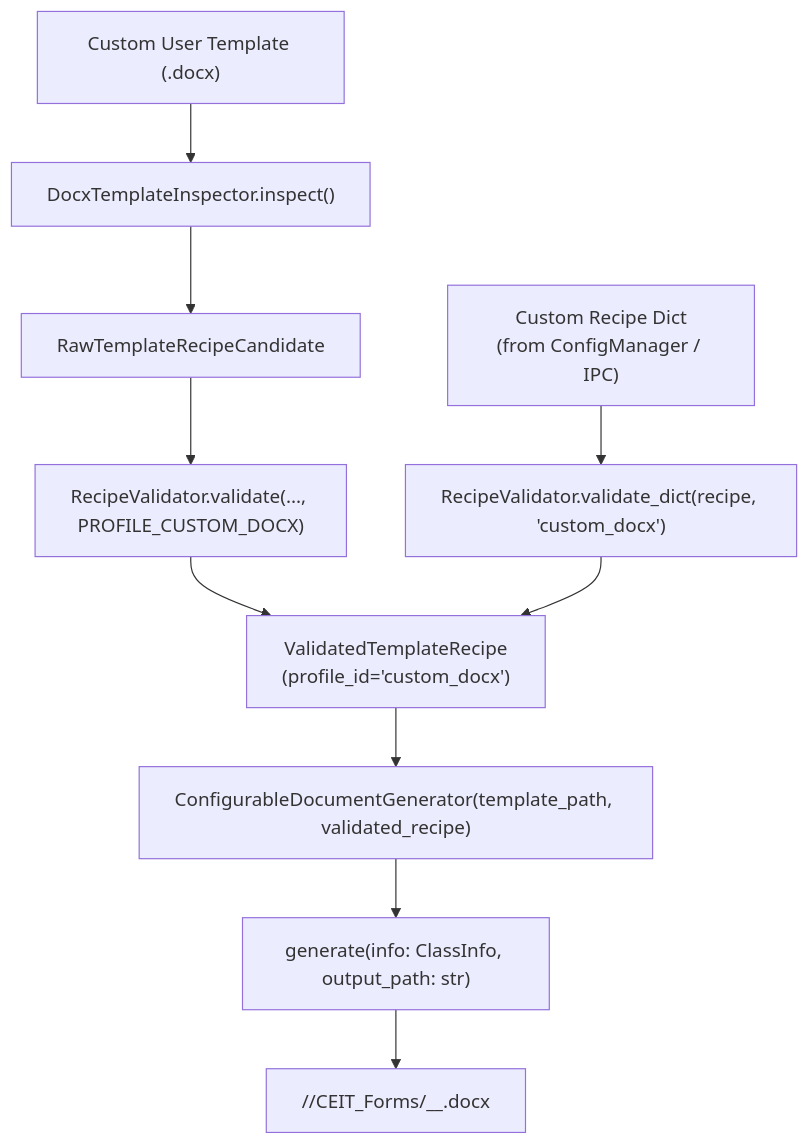
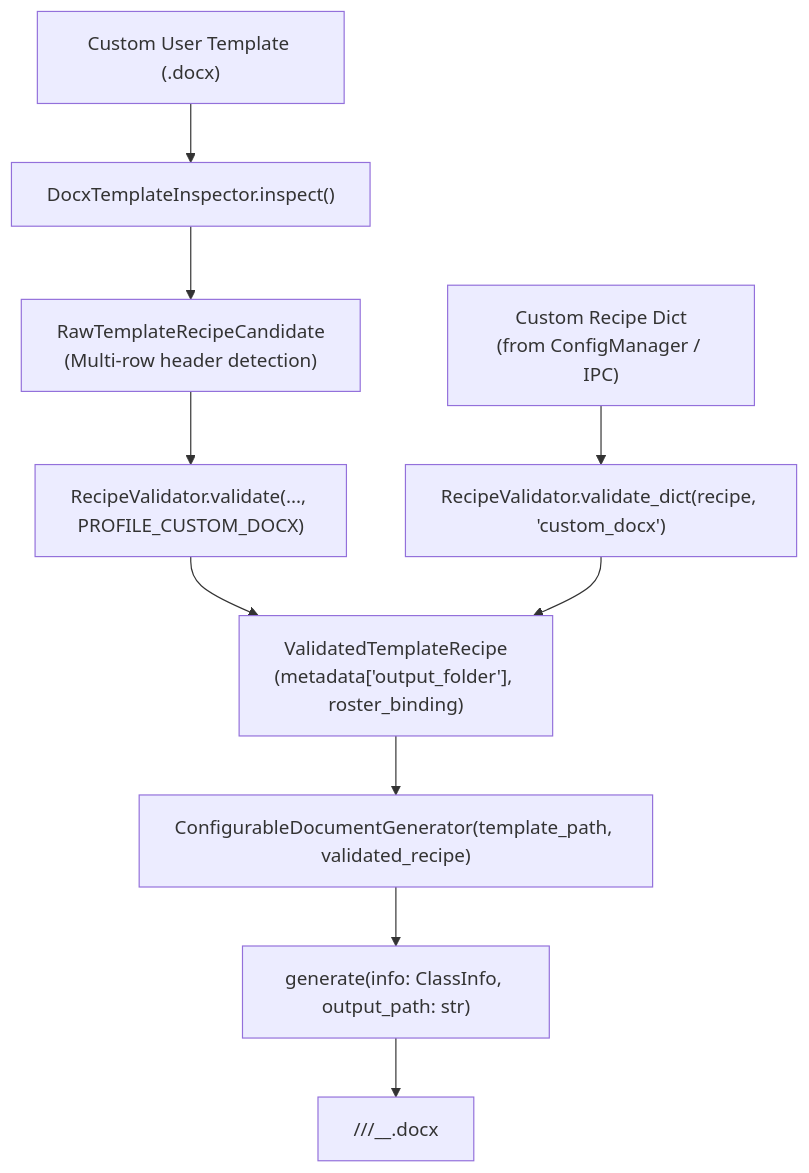
One commit to DrinkBoooz/cvsu-generator_documentation changed the diagram in 02 - Generators/Generic Document Generator.md. Above: the diagram before and after it, drawn with Mermaid. The commit also changed other lines of this file, not shown here.

Commit message:
13: document custom template output routing, multi-row header preservation, and isolated compound label matching

````diff
--- a/02 - Generators/Generic Document Generator.md
+++ b/02 - Generators/Generic Document Generator.md
@@ -37,14 +40,14 @@
 ```mermaid
 graph TD
     UserTpl["Custom User Template (.docx)"] --> Inspector["DocxTemplateInspector.inspect()"]
-    Inspector --> Cand["RawTemplateRecipeCandidate"]
+    Inspector --> Cand["RawTemplateRecipeCandidate<br>(Multi-row header detection)"]
     Cand --> Validator["RecipeValidator.validate(..., PROFILE_CUSTOM_DOCX)"]
-    Validator --> ValidRecipe["ValidatedTemplateRecipe<br>(profile_id='custom_docx')"]
+    Validator --> ValidRecipe["ValidatedTemplateRecipe<br>(metadata['output_folder'], roster_binding)"]
 
     UserDict["Custom Recipe Dict<br>(from ConfigManager / IPC)"] --> ValDict["RecipeValidator.validate_dict(recipe, 'custom_docx')"]
     ValDict --> ValidRecipe
 
     ValidRecipe --> Gen["ConfigurableDocumentGenerator(template_path, validated_recipe)"]
     Gen --> Exec["generate(info: ClassInfo, output_path: str)"]
-    Exec --> Out["<Output>/<Course_Sec>/CEIT_Forms/<Course_Sec>_<Sched>_<SUFFIX>.docx"]
+    Exec --> Out["<Output>/<Course_Sec>/<Target_Folder>/<Course_Sec>_<Sched>_<SUFFIX>.docx"]
 ```
````
